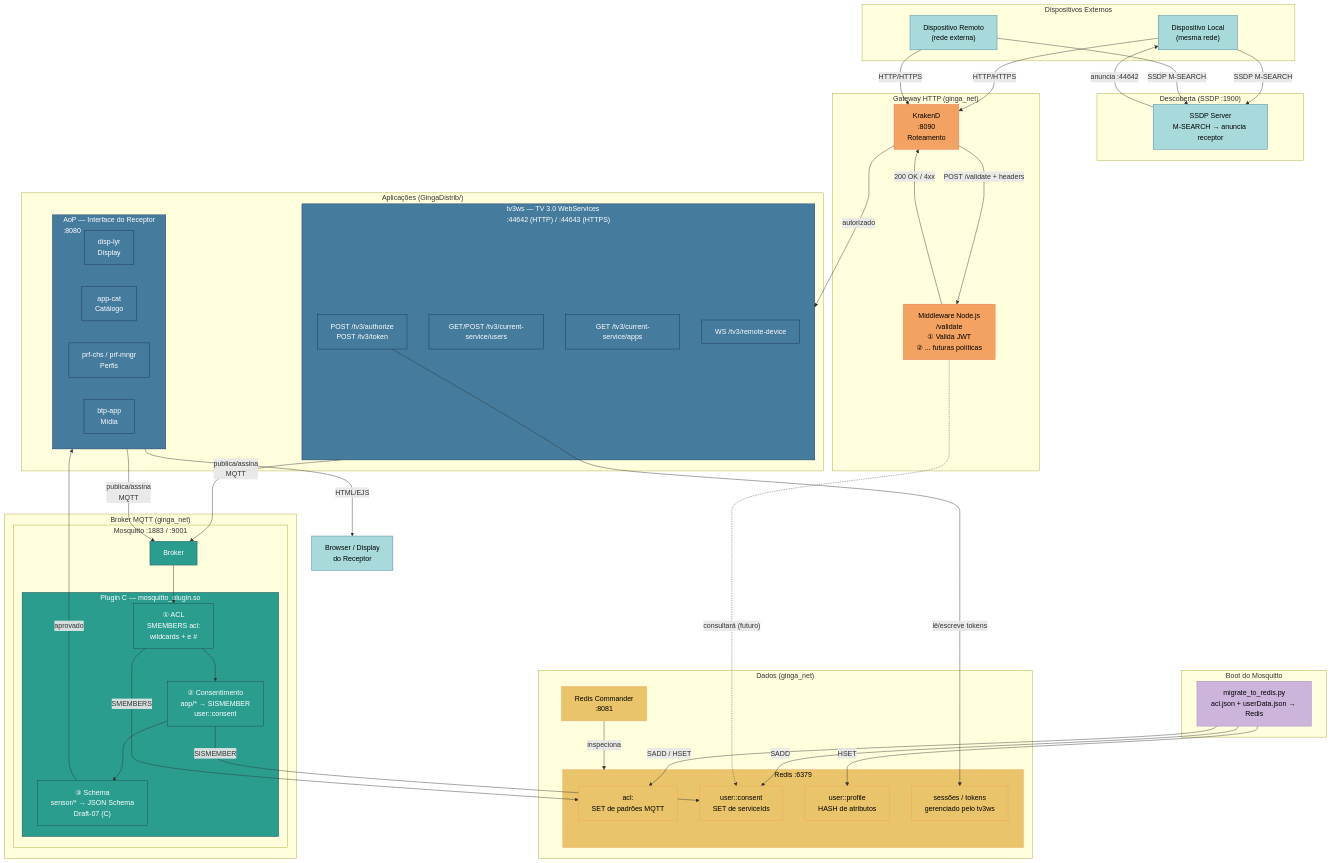
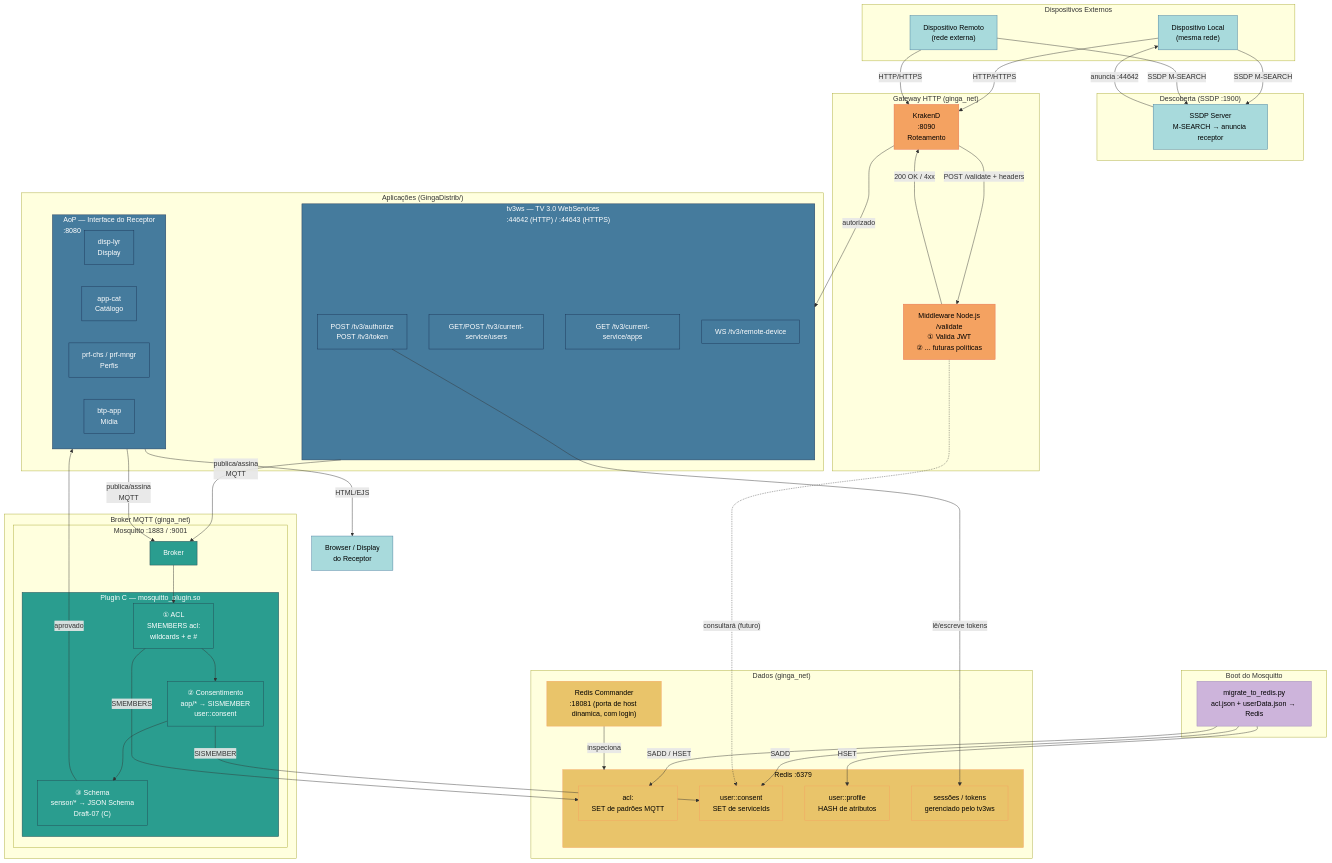
Before and after one commit to multisens/Infra: the diagram in docs/00-diagrama-unificado.md, drawn with Mermaid. The commit also changed 11 other files, not shown here.

First line of the commit message:
feat: 5xx da borda vira 404 {error:200} (C.3.2) e login na interface do Redis

```diff
--- a/docs/00-diagrama-unificado.md
+++ b/docs/00-diagrama-unificado.md
@@ -60,7 +60,7 @@
             R_PRF["user:<user_id>:profile\nHASH de atributos"]
             R_SES["sessões / tokens\ngerenciado pelo tv3ws"]
         end
-        REDIS_UI["Redis Commander\n:8081"]
+        REDIS_UI["Redis Commander\n:18081 (porta de host dinamica, com login)"]
     end
 
     %% ── Boot ──────────────────────────────────────────────────────────────────
```
